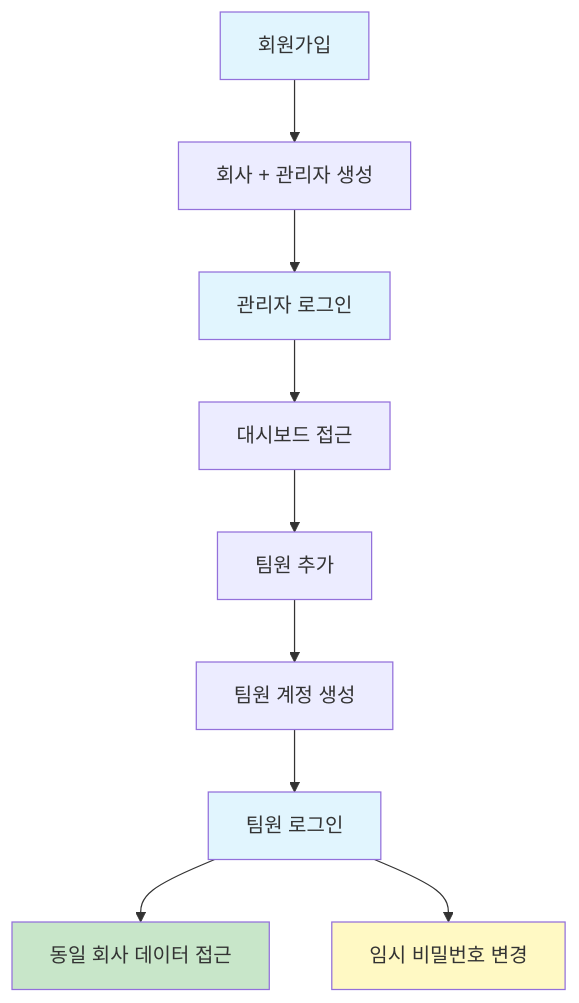
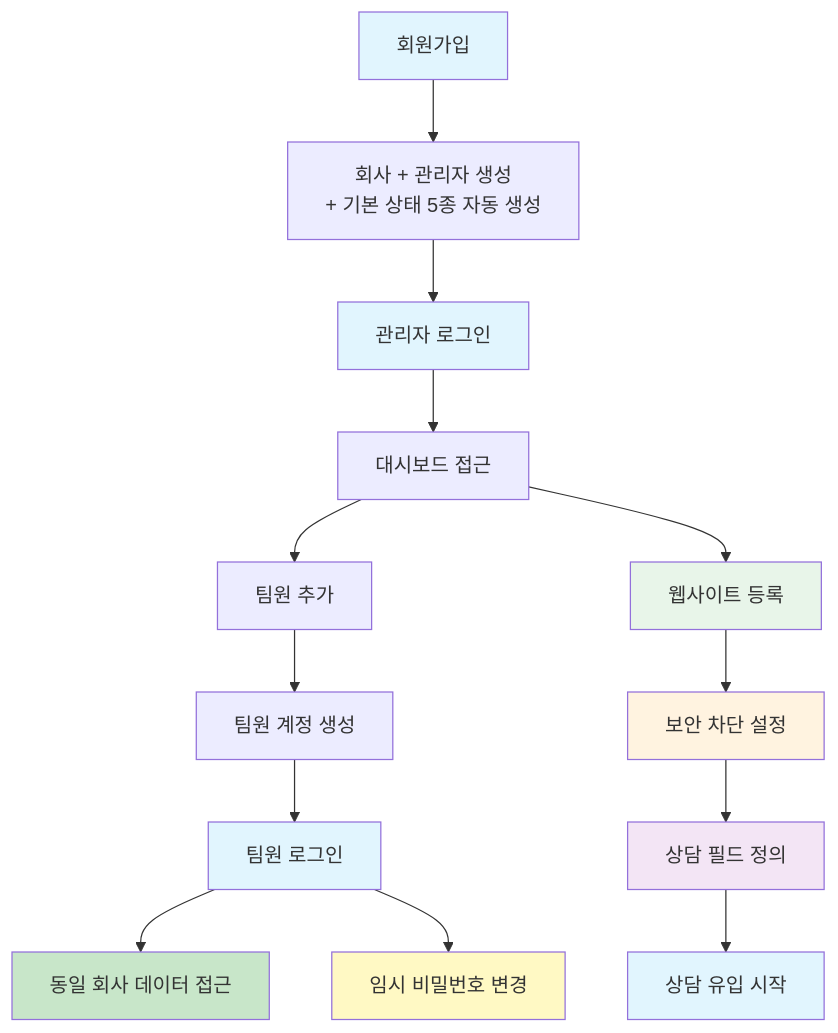
Before and after one commit to lee-sung-min405/flowdesk-admin-backend: the diagram in docs/onboarding.md, drawn with Mermaid. The commit also changed other lines of this file and 27 other files, not shown here.

````diff
--- a/docs/onboarding.md
+++ b/docs/onboarding.md
@@ -132,17 +132,25 @@
 ```mermaid
 flowchart TD
-    A[회원가입] --> B[회사 + 관리자 생성]
+    A[회원가입] --> B[회사 + 관리자 생성<br/>+ 기본 상태 5종 자동 생성]
     B --> C[관리자 로그인]
     C --> D[대시보드 접근]
     D --> E[팀원 추가]
     E --> F[팀원 계정 생성]
+    D --> W[웹사이트 등록]
+    W --> SEC[보안 차단 설정]
+    SEC --> FLD[상담 필드 정의]
+    FLD --> COUNSEL[상담 유입 시작]
     F --> G[팀원 로그인]
     G --> H[동일 회사 데이터 접근]
     G --> I[임시 비밀번호 변경]
     
     style A fill:#e1f5fe
     style C fill:#e1f5fe
     style G fill:#e1f5fe
     style H fill:#c8e6c9
     style I fill:#fff9c4
+    style W fill:#e8f5e9
+    style SEC fill:#fff3e0
+    style FLD fill:#f3e5f5
+    style COUNSEL fill:#e1f5fe
 ```
````
